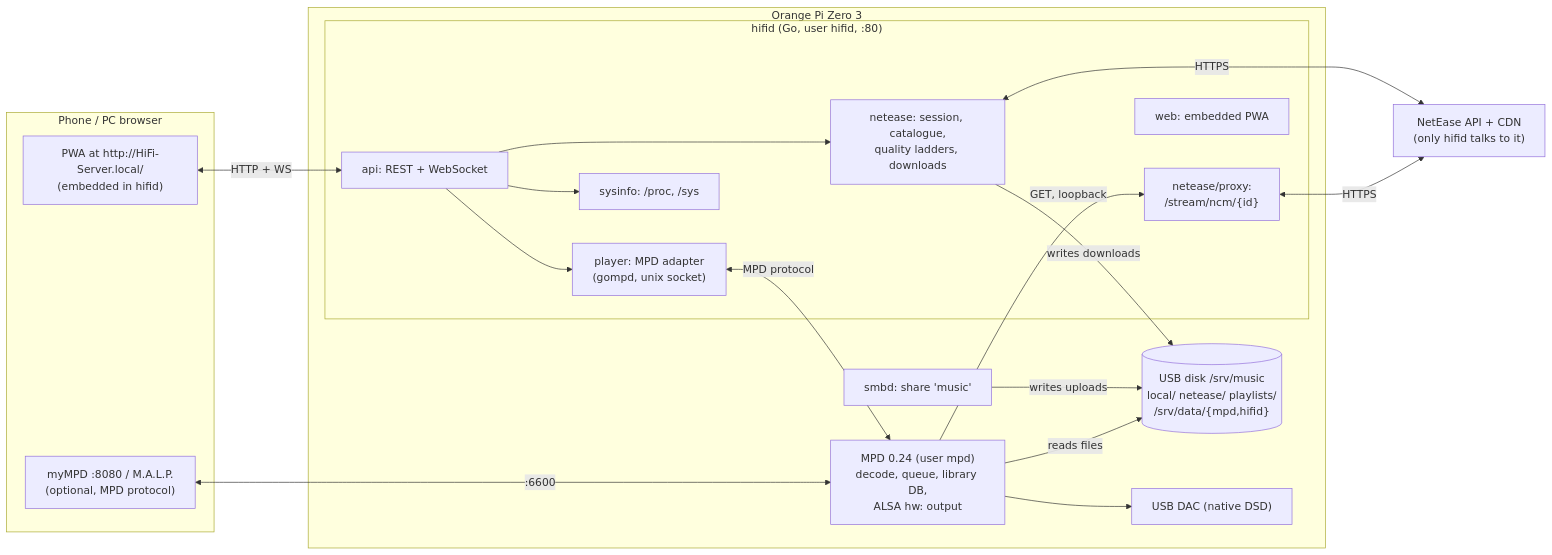
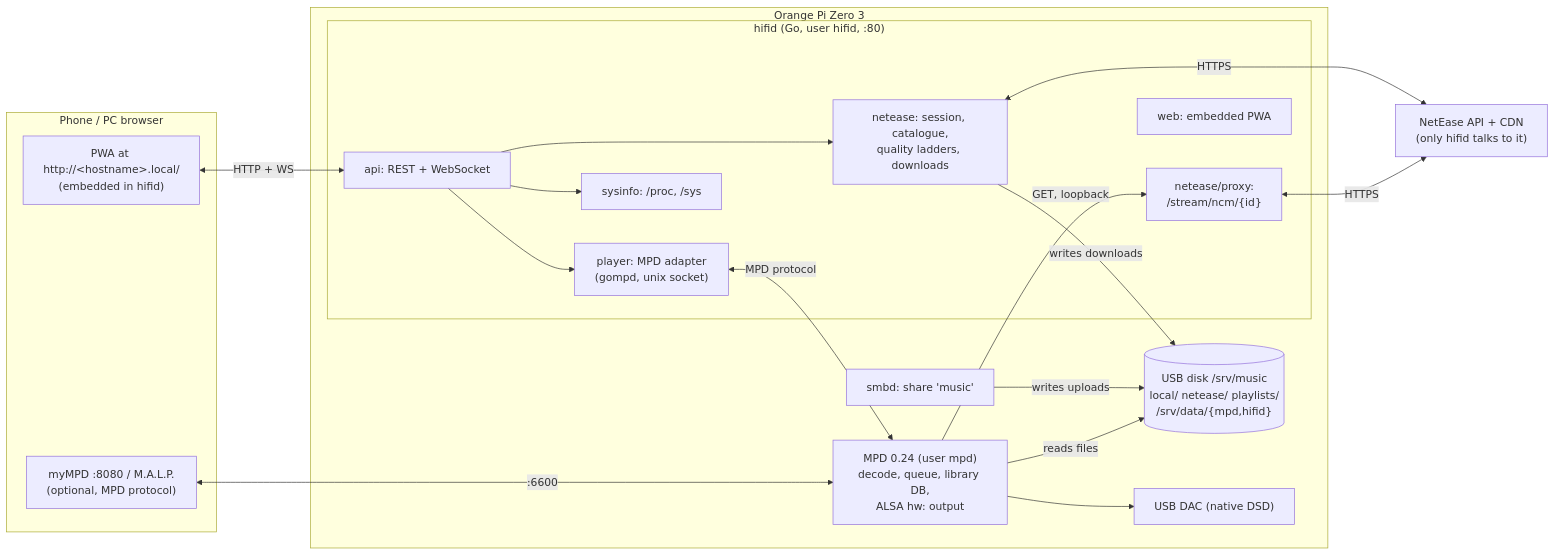
One commit to Zulolo/HiFi-NetEase-Server changed the fifth of 7 diagrams in docs/03-solution-architecture.md. Above: the diagram before and after it, drawn with Mermaid. The commit also changed other lines of this file and 5 other files, not shown here.

````diff
--- a/docs/03-solution-architecture.md
+++ b/docs/03-solution-architecture.md
@@ -233,34 +233,34 @@
 ```mermaid
 flowchart LR
     subgraph Phone["Phone / PC browser"]
-        PWA["PWA at http://HiFi-Server.local/<br/>(embedded in hifid)"]
+        PWA["PWA at http://&lt;hostname&gt;.local/<br/>(embedded in hifid)"]
         MALP["myMPD :8080 / M.A.L.P.<br/>(optional, MPD protocol)"]
     end
     subgraph Board["Orange Pi Zero 3"]
         subgraph hifid["hifid (Go, user hifid, :80)"]
             API["api: REST + WebSocket"]
             PL["player: MPD adapter<br/>(gompd, unix socket)"]
             NCM["netease: session, catalogue,<br/>quality ladders, downloads"]
             PROXY["netease/proxy:<br/>/stream/ncm/{id}"]
             WEB["web: embedded PWA"]
             SYS["sysinfo: /proc, /sys"]
         end
         MPD["MPD 0.24 (user mpd)<br/>decode, queue, library DB,<br/>ALSA hw: output"]
         SMB["smbd: share 'music'"]
         DISK[("USB disk /srv/music<br/>local/  netease/  playlists/<br/>/srv/data/{mpd,hifid}")]
         DAC["USB DAC (native DSD)"]
     end
     NET["NetEase API + CDN<br/>(only hifid talks to it)"]
 
     PWA <-->|HTTP + WS| API
     MALP <-->|:6600| MPD
     API --> PL & NCM & SYS
     PL <-->|MPD protocol| MPD
     MPD -->|GET, loopback| PROXY
     PROXY <-->|HTTPS| NET
     NCM <-->|HTTPS| NET
     NCM -->|writes downloads| DISK
     MPD -->|reads files| DISK
     SMB -->|writes uploads| DISK
     MPD --> DAC
 ```
````
